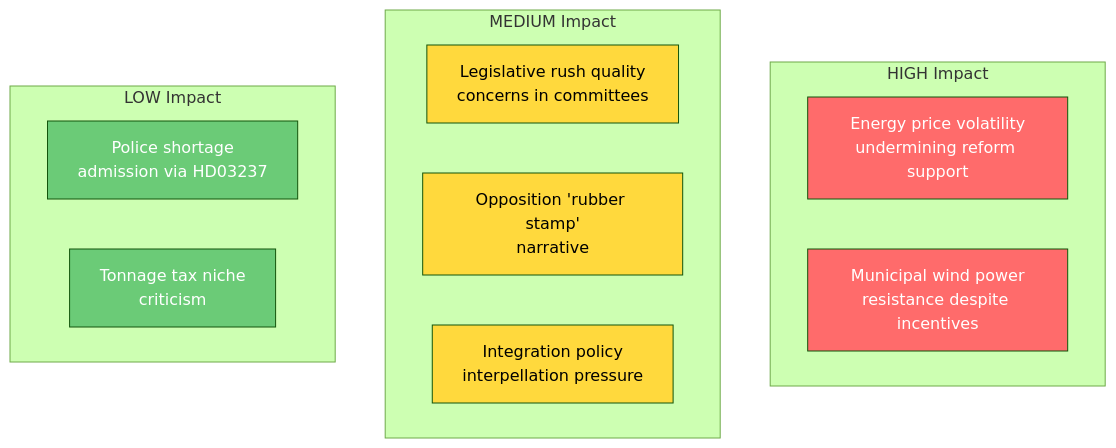
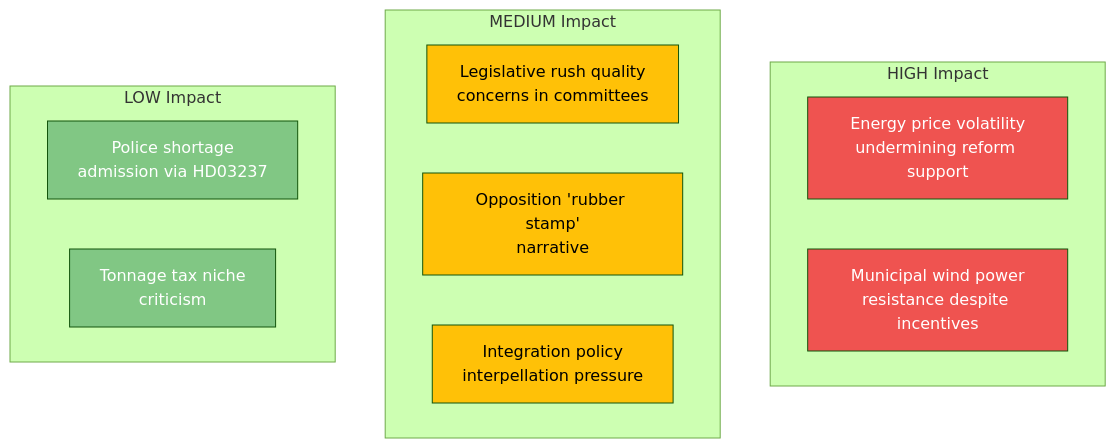
Before and after one commit to Hack23/riksdagsmonitor: the diagram in analysis/daily/2026-04-14/realtime-1526/risk-assessment.md, drawn with Mermaid (forest theme). The commit also changed 785 other files, not shown here.

First line of the commit message:
Normalize mermaid colors across 786 analysis artifacts to ISMS Style Guide palette

````diff
--- a/analysis/daily/2026-04-14/realtime-1526/risk-assessment.md
+++ b/analysis/daily/2026-04-14/realtime-1526/risk-assessment.md
@@ -16,23 +16,23 @@
 ```mermaid
 graph TD
     subgraph "HIGH Impact"
         R1["Energy price volatility<br/>undermining reform support"]
         R2["Municipal wind power<br/>resistance despite incentives"]
     end
     subgraph "MEDIUM Impact"
         R3["Legislative rush quality<br/>concerns in committees"]
         R4["Opposition 'rubber stamp'<br/>narrative"]
         R5["Integration policy<br/>interpellation pressure"]
     end
     subgraph "LOW Impact"
         R6["Police shortage<br/>admission via HD03237"]
         R7["Tonnage tax niche<br/>criticism"]
     end
-    style R1 fill:#ff6b6b,color:#fff
-    style R2 fill:#ff6b6b,color:#fff
-    style R3 fill:#ffd93d,color:#000
-    style R4 fill:#ffd93d,color:#000
-    style R5 fill:#ffd93d,color:#000
-    style R6 fill:#6bcb77,color:#fff
-    style R7 fill:#6bcb77,color:#fff
+    style R1 fill:#EF5350,color:#FFFFFF
+    style R2 fill:#EF5350,color:#FFFFFF
+    style R3 fill:#FFC107,color:#000000
+    style R4 fill:#FFC107,color:#000000
+    style R5 fill:#FFC107,color:#000000
+    style R6 fill:#81C784,color:#FFFFFF
+    style R7 fill:#81C784,color:#FFFFFF
 ```
````
